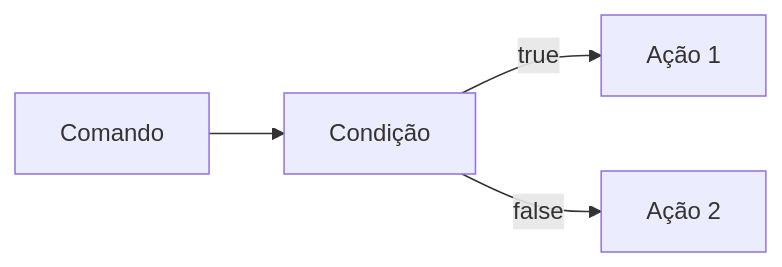
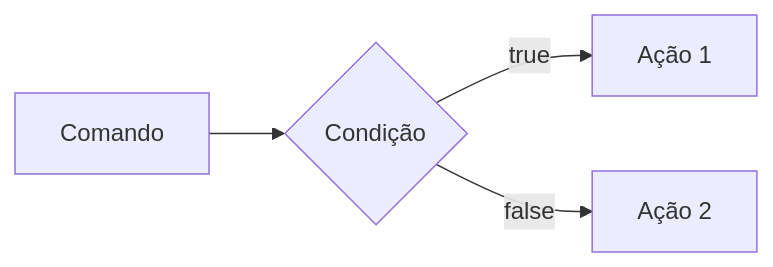
One commit to sofiacelestino01/CursoBackEnd46bt22026 changed the third of 8 diagrams in README.md. Above: the diagram before and after it, drawn with Mermaid. The commit also changed other lines of this file and 16 other files, not shown here.

````diff
--- a/README.md
+++ b/README.md
@@ -231,9 +240,9 @@
 ```mermaid
 
 graph LR
 
-A[Comando] --> B[Condição]
-B --> |true| C[Ação 1]
+    A[Comando] --> B{Condição}
+    B --> |true| C[Ação 1]
     B --> |false| D[Ação 2]
 
 ```
````
